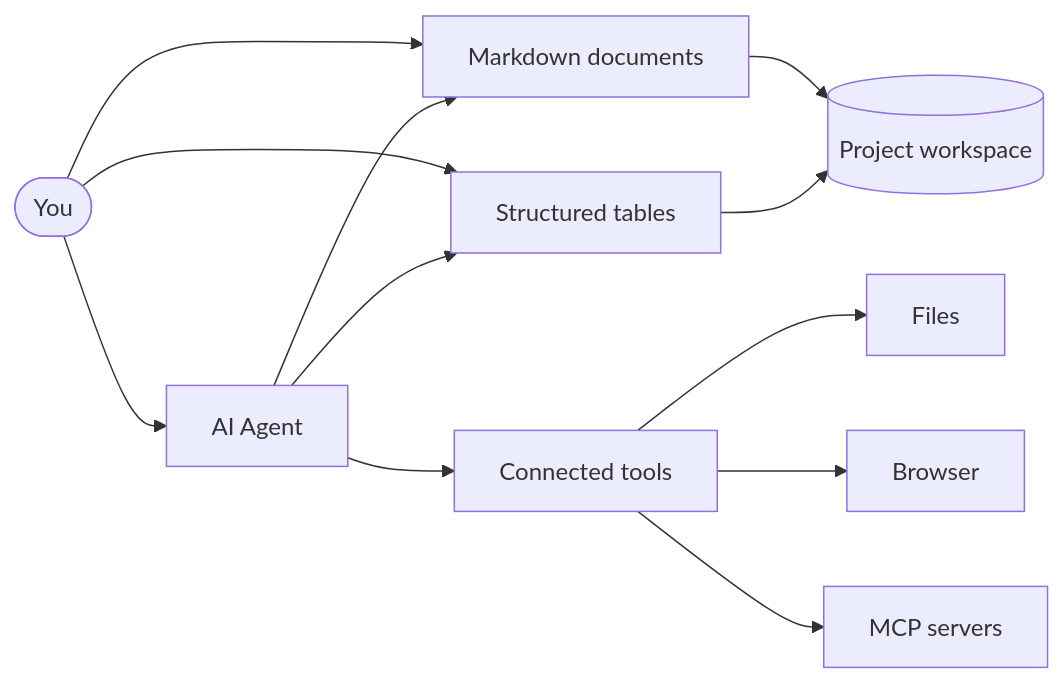
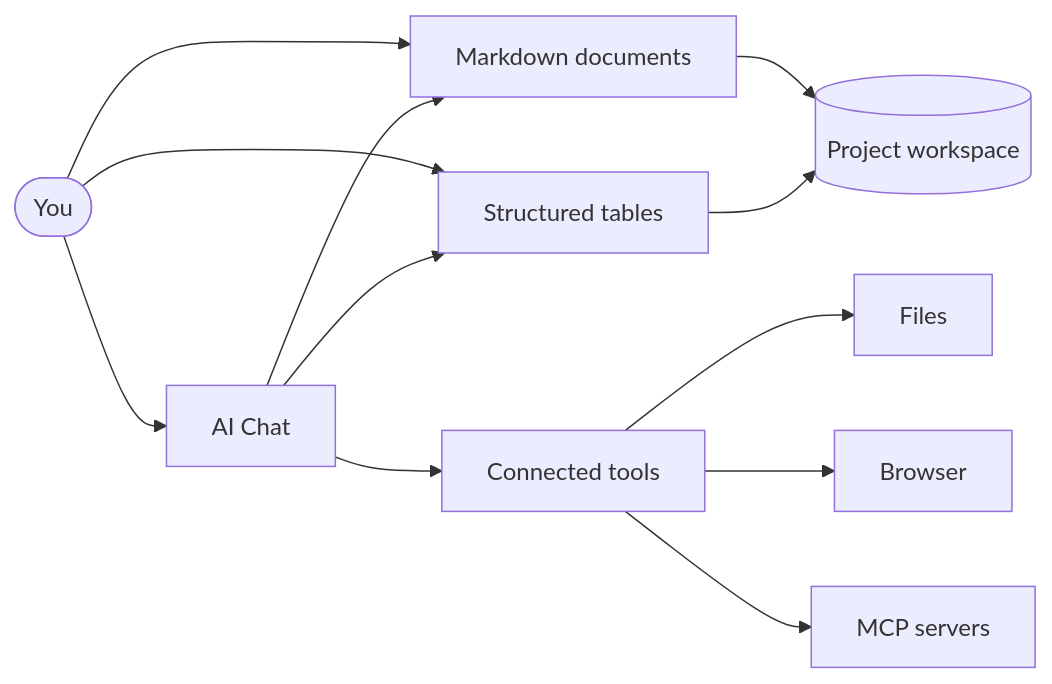
The diagram in public/onboarding/welcome.md (KitionAI/kition), drawn with Mermaid before and after one commit. The commit also changed other lines of this file and 199 other files, not shown here.

````diff
--- a/public/onboarding/welcome.md
+++ b/public/onboarding/welcome.md
@@ -21,14 +19,14 @@
 ```mermaid
 flowchart LR
     You([You]) --> Docs[Markdown documents]
     You --> Tables[Structured tables]
-    You --> Agent[AI Agent]
-    Agent --> Docs
-    Agent --> Tables
-    Agent --> Tools[Connected tools]
+    You --> Chat[AI Chat]
+    Chat --> Docs
+    Chat --> Tables
+    Chat --> Tools[Connected tools]
     Docs --> Workspace[(Project workspace)]
     Tables --> Workspace
     Tools --> Files[Files]
     Tools --> Browser[Browser]
     Tools --> MCP[MCP servers]
 ```
````
